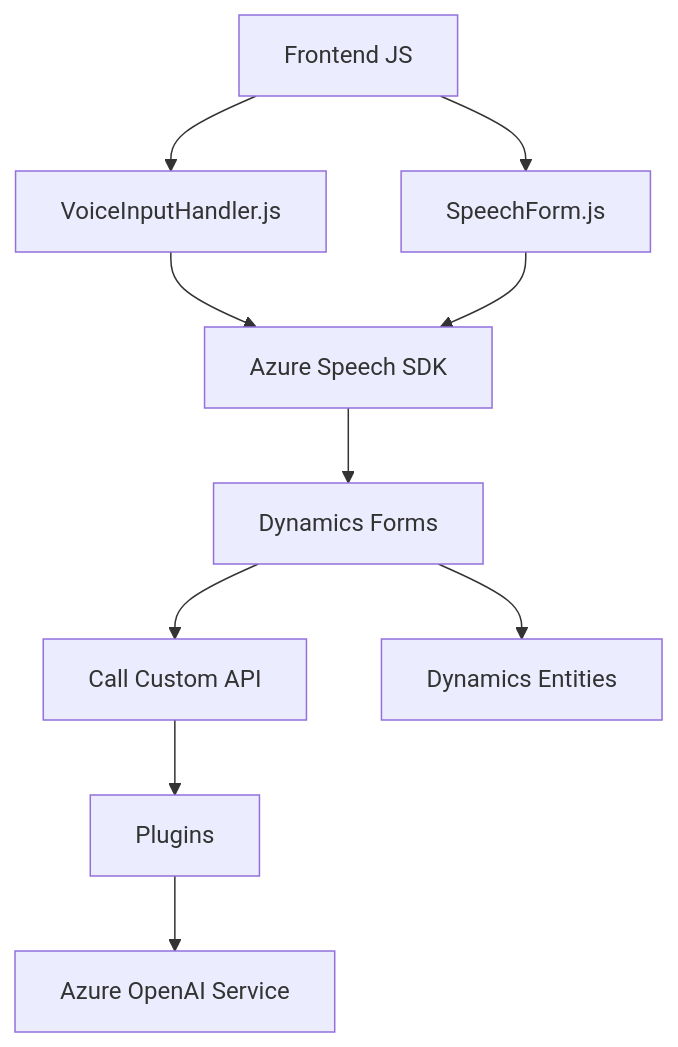
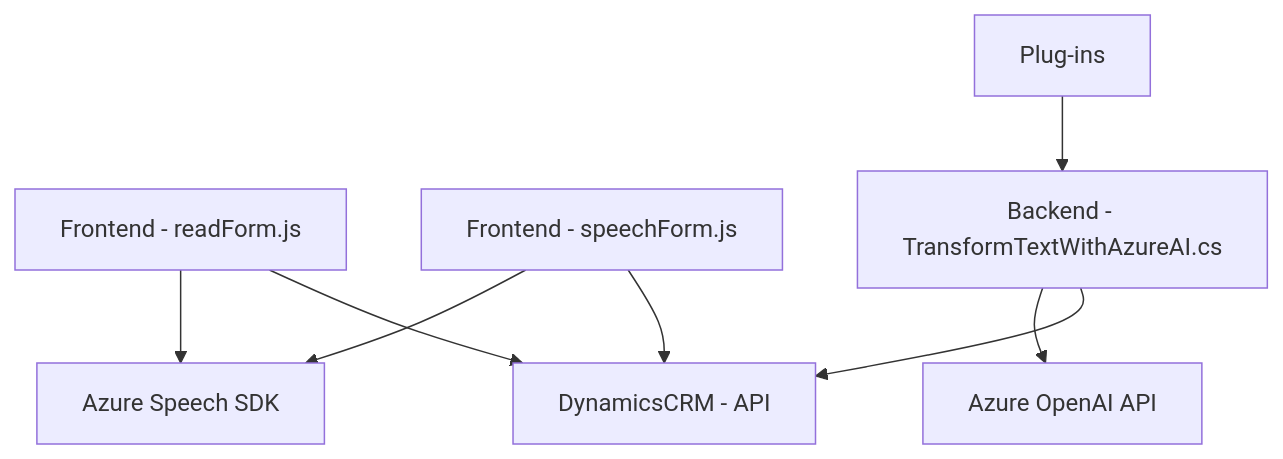
One commit to blopezdm/NETCORE_BILBAO2025 changed the diagram in README.md. Above: the diagram before and after it, drawn with Mermaid. The commit also changed other lines of this file, not shown here.

````diff
--- a/README.md
+++ b/README.md
@@ -54,12 +41,18 @@
 ```mermaid
 graph TD
-    A["Frontend JS"] --> B["VoiceInputHandler.js"]
-    A --> C["SpeechForm.js"]
-    B --> D["Azure Speech SDK"]
-    C --> D
-    D --> E["Dynamics Forms"]
-    E --> F["Call Custom API"]
-    F --> G["Plugins"]
-    G --> H["Azure OpenAI Service"]
-    E --> I["Dynamics Entities"]
+    A["Frontend - readForm.js"]
+    B["Frontend - speechForm.js"]
+    C["Backend - TransformTextWithAzureAI.cs"]
+    D["Plug-ins"]
+    E["Azure Speech SDK"]
+    F["Azure OpenAI API"]
+    G["DynamicsCRM - API"]
+    
+    A --> E
+    A --> G
+    B --> E
+    B --> G
+    C --> F
+    C --> G
+    D --> C
 ```
````
